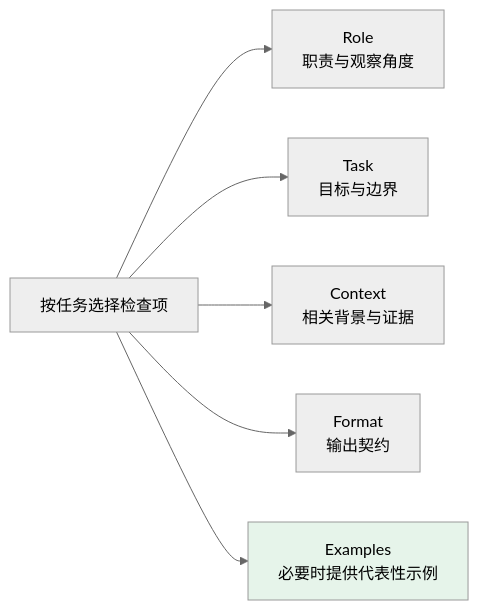
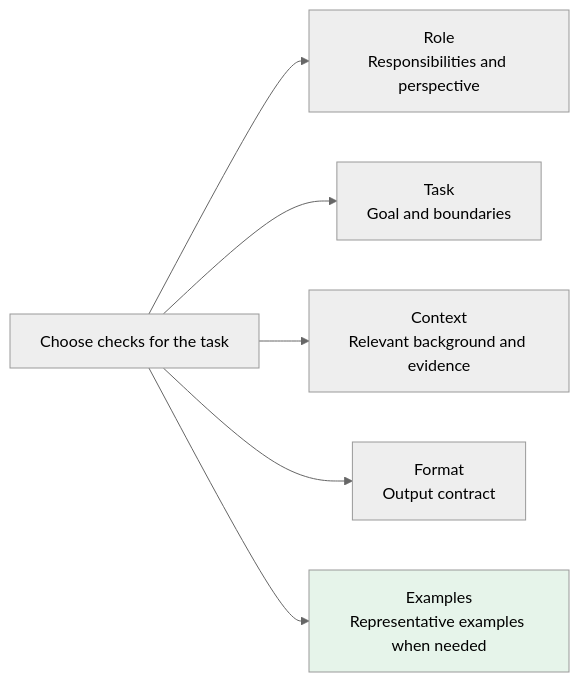
The first of 2 diagrams in docs/llm/04-prompt-reliability/16-prompt-engineering.md (oneleaveknowsthefall/awesome-ai-roadmap), drawn with Mermaid (neutral theme) before and after one commit. The commit also changed other lines of this file and 92 other files, not shown here.

````diff
--- a/docs/llm/04-prompt-reliability/16-prompt-engineering.md
+++ b/docs/llm/04-prompt-reliability/16-prompt-engineering.md
@@ -29,10 +29,10 @@
 ```mermaid
 flowchart LR
-    Q["按任务选择检查项"] --> R["Role<br/>职责与观察角度"]
-    Q --> T["Task<br/>目标与边界"]
-    Q --> C["Context<br/>相关背景与证据"]
-    Q --> F["Format<br/>输出契约"]
-    Q --> E["Examples<br/>必要时提供代表性示例"]
+    Q["Choose checks for the task"] --> R["Role<br/>Responsibilities and perspective"]
+    Q --> T["Task<br/>Goal and boundaries"]
+    Q --> C["Context<br/>Relevant background and evidence"]
+    Q --> F["Format<br/>Output contract"]
+    Q --> E["Examples<br/>Representative examples when needed"]
 
     style E fill:#e6f4ea
 ```
````
